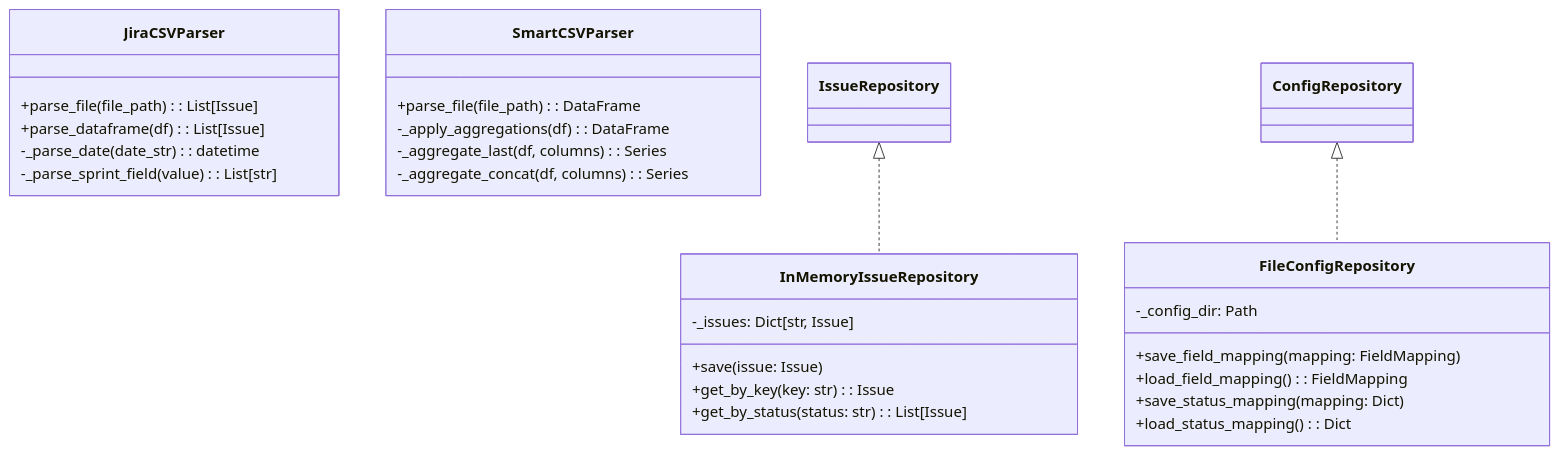
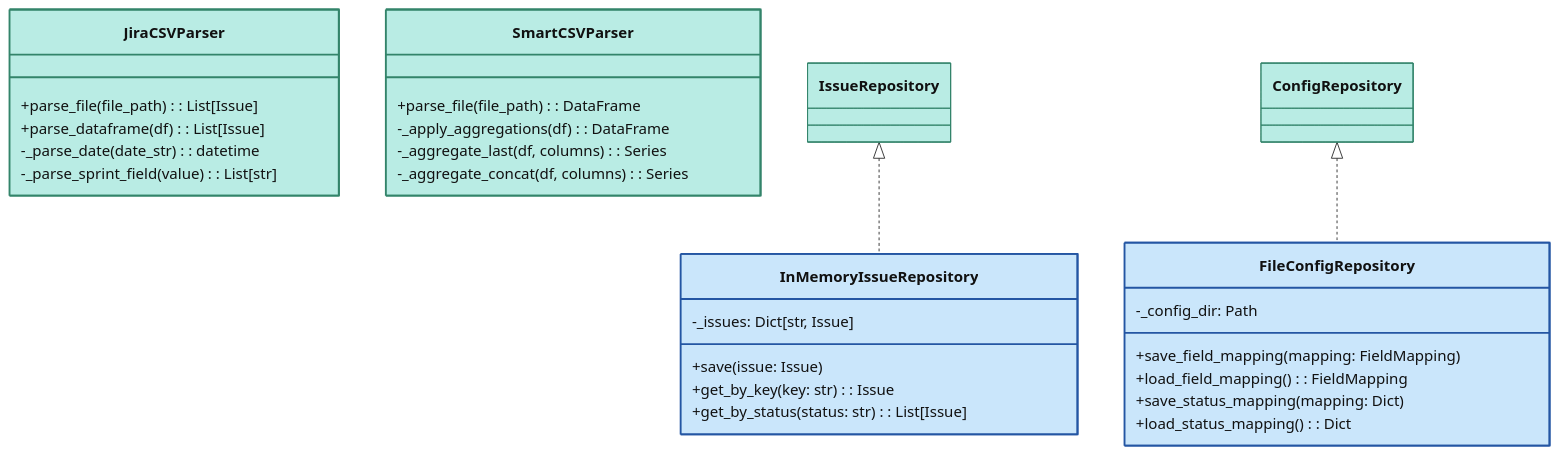
Before and after one commit to opreto/jira-monte-carlo: the fourth of 7 diagrams in ARCHITECTURE.md, drawn with Mermaid. The commit also changed other lines of this file and 1 other file, not shown here.

First line of the commit message:
Style all mermaid diagrams with professional formatting

````diff
--- a/ARCHITECTURE.md
+++ b/ARCHITECTURE.md
@@ -231,34 +254,40 @@
 ```mermaid
+%%{init: { 'theme': 'base', 'themeVariables': { 'primaryColor': '#B9ECE4', 'primaryTextColor': '#111', 'primaryBorderColor': '#33846A', 'lineColor': '#333' }}}%%
 classDiagram
     class JiraCSVParser {
         +parse_file(file_path): List[Issue]
         +parse_dataframe(df): List[Issue]
         -_parse_date(date_str): datetime
         -_parse_sprint_field(value): List[str]
     }
     
     class SmartCSVParser {
         +parse_file(file_path): DataFrame
         -_apply_aggregations(df): DataFrame
         -_aggregate_last(df, columns): Series
         -_aggregate_concat(df, columns): Series
     }
     
     class InMemoryIssueRepository {
         -_issues: Dict[str, Issue]
         +save(issue: Issue)
         +get_by_key(key: str): Issue
         +get_by_status(status: str): List[Issue]
     }
     
     class FileConfigRepository {
         -_config_dir: Path
         +save_field_mapping(mapping: FieldMapping)
         +load_field_mapping(): FieldMapping
         +save_status_mapping(mapping: Dict)
         +load_status_mapping(): Dict
     }
     
     IssueRepository <|.. InMemoryIssueRepository
     ConfigRepository <|.. FileConfigRepository
+
+    style JiraCSVParser fill:#B9ECE4,stroke:#33846A,stroke-width:2px
+    style SmartCSVParser fill:#B9ECE4,stroke:#33846A,stroke-width:2px
+    style InMemoryIssueRepository fill:#CAE6FB,stroke:#2456A3,stroke-width:2px
+    style FileConfigRepository fill:#CAE6FB,stroke:#2456A3,stroke-width:2px
 ```
````
